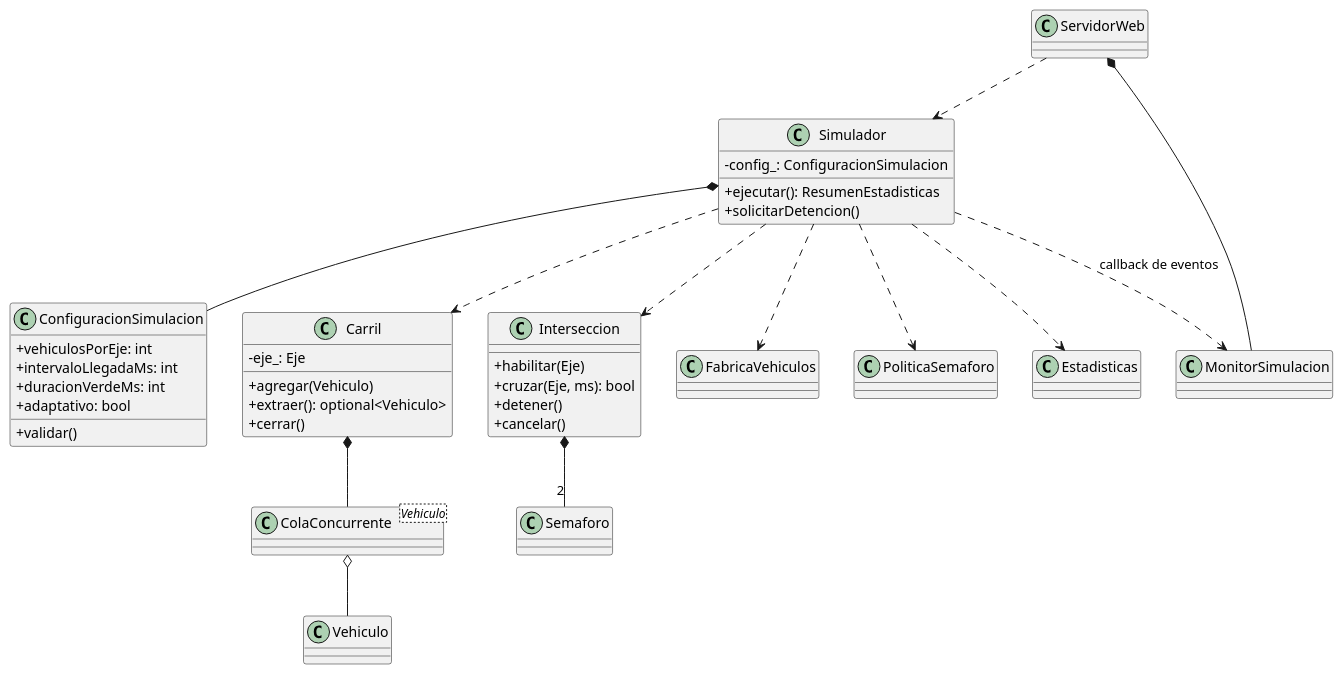
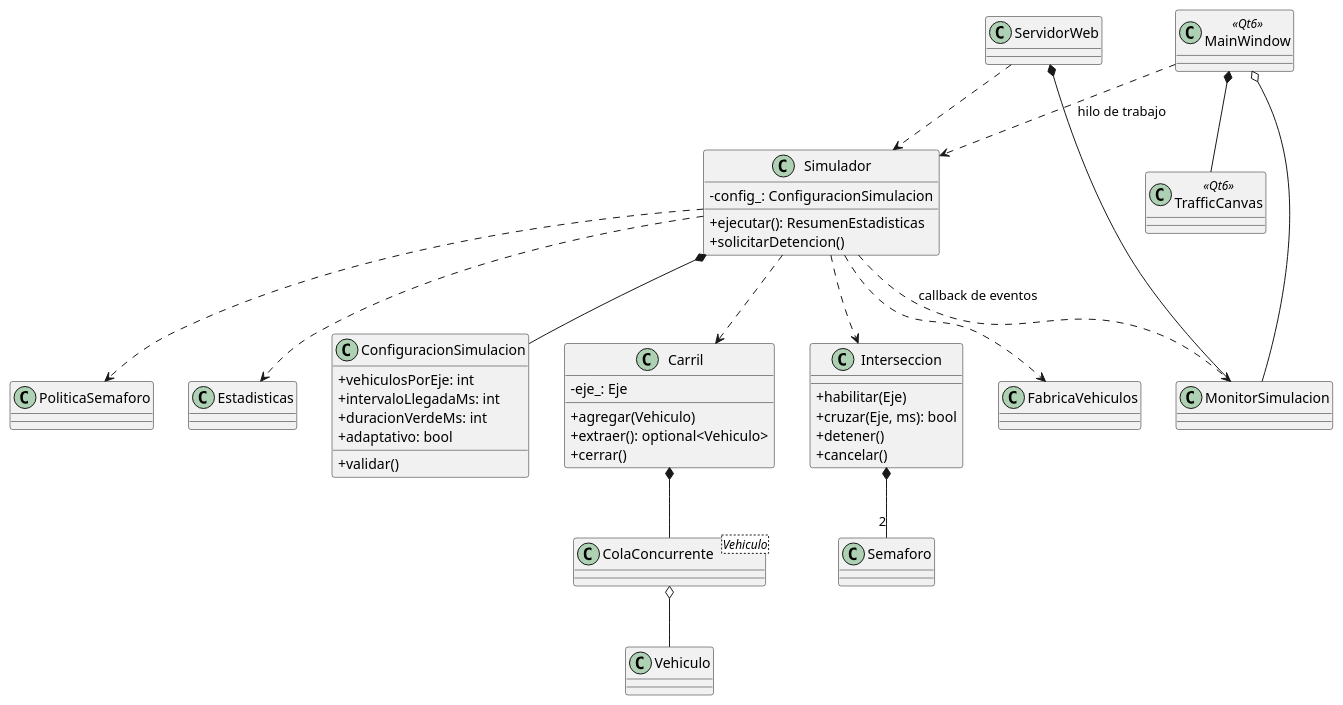
One commit to RodrigoFFN/SCTUII changed the diagram in docs/diagrama_clases.puml. Above: the diagram before and after it, drawn with PlantUML. The commit also changed 9 other files, not shown here.

```diff
--- a/docs/diagrama_clases.puml
+++ b/docs/diagrama_clases.puml
@@ -1,48 +1,53 @@
 @startuml
 skinparam classAttributeIconSize 0
 class ConfiguracionSimulacion {
   +vehiculosPorEje: int
   +intervaloLlegadaMs: int
   +duracionVerdeMs: int
   +adaptativo: bool
   +validar()
 }
 class Simulador {
   -config_: ConfiguracionSimulacion
   +ejecutar(): ResumenEstadisticas
   +solicitarDetencion()
 }
 class Carril {
   -eje_: Eje
   +agregar(Vehiculo)
   +extraer(): optional<Vehiculo>
   +cerrar()
 }
 class "ColaConcurrente<Vehiculo>" as Cola
 class Interseccion {
   +habilitar(Eje)
   +cruzar(Eje, ms): bool
   +detener()
   +cancelar()
 }
 class Semaforo
 class Vehiculo
 class FabricaVehiculos
 class PoliticaSemaforo
 class Estadisticas
 class MonitorSimulacion
+class MainWindow <<Qt6>>
+class TrafficCanvas <<Qt6>>
 class ServidorWeb
 
 Simulador *-- ConfiguracionSimulacion
 Simulador ..> Carril
 Simulador ..> Interseccion
 Simulador ..> Estadisticas
 Simulador ..> PoliticaSemaforo
 Simulador ..> FabricaVehiculos
 Simulador ..> MonitorSimulacion : callback de eventos
 Carril *-- Cola
 Cola o-- Vehiculo
 Interseccion *-- "2" Semaforo
 ServidorWeb *-- MonitorSimulacion
 ServidorWeb ..> Simulador
+MainWindow *-- TrafficCanvas
+MainWindow o-- MonitorSimulacion
+MainWindow ..> Simulador : hilo de trabajo
 @enduml
```
